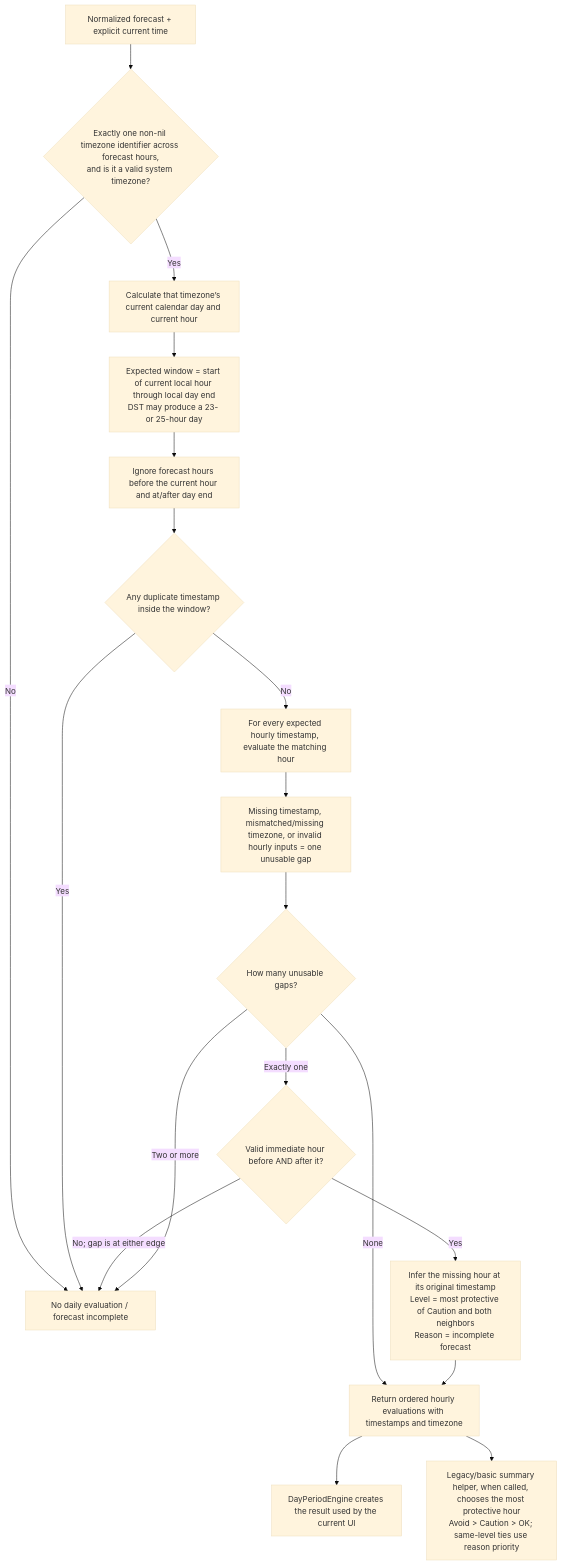
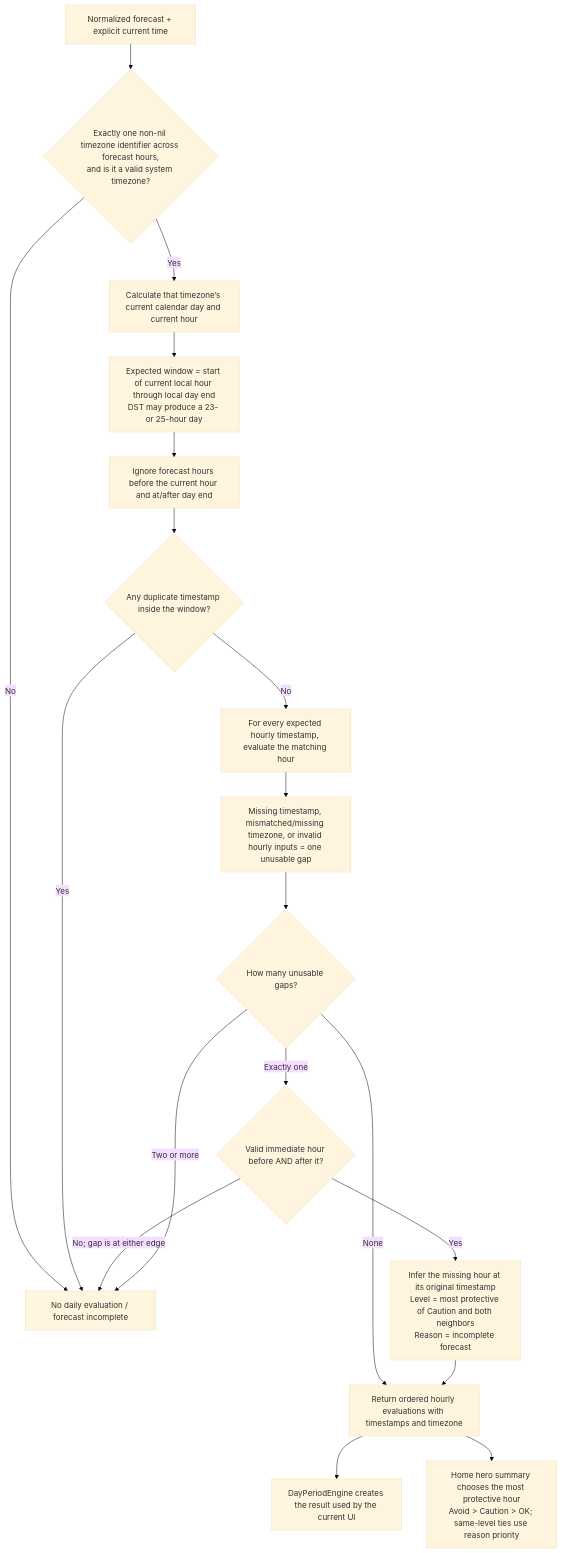
Before and after one commit to TimVdWalle/can-i-wear: the fourth of 7 diagrams in docs/IMPLEMENTED_RULES_FLOWCHARTS.md, drawn with Mermaid (base theme). The commit also changed other lines of this file and 14 other files, not shown here.

````diff
--- a/docs/IMPLEMENTED_RULES_FLOWCHARTS.md
+++ b/docs/IMPLEMENTED_RULES_FLOWCHARTS.md
@@ -127,23 +128,23 @@
 ```mermaid
 flowchart TD
     A["Normalized forecast + explicit current time"] --> B{"Exactly one non-nil timezone identifier across forecast hours,<br/>and is it a valid system timezone?"}
     B -- "No" --> NR["No daily evaluation / forecast incomplete"]
     B -- "Yes" --> C["Calculate that timezone’s current calendar day and current hour"]
     C --> D["Expected window = start of current local hour through local day end<br/>DST may produce a 23- or 25-hour day"]
     D --> E["Ignore forecast hours before the current hour and at/after day end"]
     E --> F{"Any duplicate timestamp inside the window?"}
     F -- "Yes" --> NR
     F -- "No" --> G["For every expected hourly timestamp, evaluate the matching hour"]
     G --> H["Missing timestamp, mismatched/missing timezone, or invalid hourly inputs = one unusable gap"]
     H --> I{"How many unusable gaps?"}
 
     I -- "None" --> J["Return ordered hourly evaluations with timestamps and timezone"]
     I -- "Exactly one" --> K{"Valid immediate hour before AND after it?"}
     K -- "No; gap is at either edge" --> NR
     K -- "Yes" --> L["Infer the missing hour at its original timestamp<br/>Level = most protective of Caution and both neighbors<br/>Reason = incomplete forecast"]
     L --> J
     I -- "Two or more" --> NR
 
     J --> M["DayPeriodEngine creates the result used by the current UI"]
-    J --> N["Legacy/basic summary helper, when called, chooses the most protective hour<br/>Avoid > Caution > OK; same-level ties use reason priority"]
+    J --> N["Home hero summary chooses the most protective hour<br/>Avoid > Caution > OK; same-level ties use reason priority"]
 ```
````
